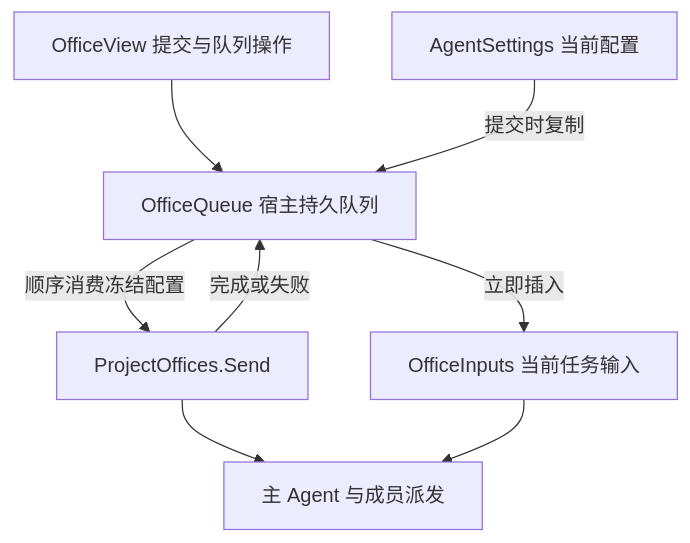
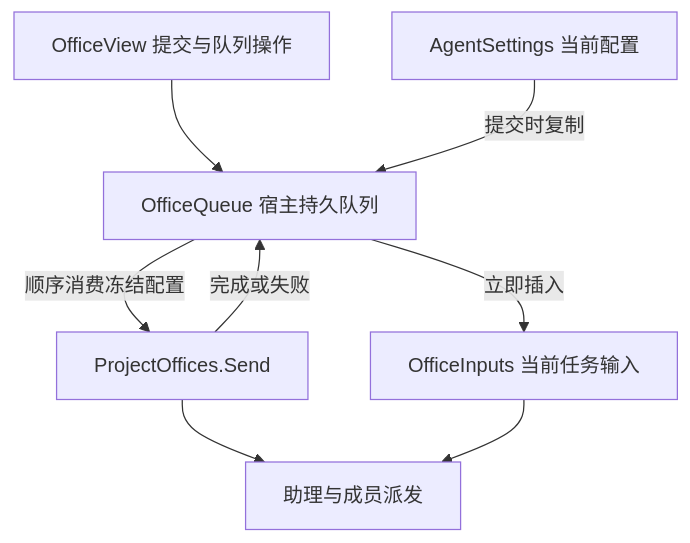
Before and after one commit to nan023062/cbim: the sixth of 6 diagrams in src/logic/projects/ARCHITECTURE.md, drawn with Mermaid. The commit also changed other lines of this file and 102 other files, not shown here.

````diff
--- a/src/logic/projects/ARCHITECTURE.md
+++ b/src/logic/projects/ARCHITECTURE.md
@@ -211,10 +211,10 @@
 ```mermaid
 flowchart TD
   View[OfficeView 提交与队列操作] --> Queue[OfficeQueue 宿主持久队列]
   Settings[AgentSettings 当前配置] -->|提交时复制| Queue
   Queue -->|顺序消费冻结配置| Offices[ProjectOffices.Send]
   Queue -->|立即插入| Inputs[OfficeInputs 当前任务输入]
-  Offices --> Agent[主 Agent 与成员派发]
+  Offices --> Agent[助理与成员派发]
   Inputs --> Agent
   Offices -->|完成或失败| Queue
 ```
````
